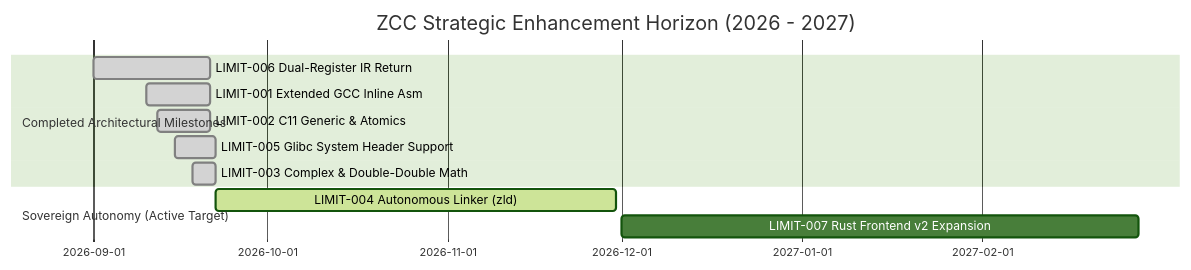
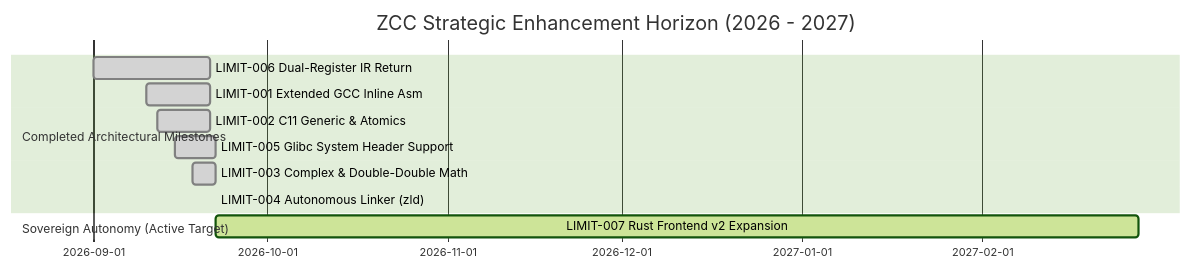
The diagram in docs/ZCC_LIMITATIONS_AND_GOALS.md (invariantzkaedi/zcc-bootstrap-compiler), drawn with Mermaid (forest theme) before and after one commit. The commit also changed other lines of this file and 11 other files, not shown here.

````diff
--- a/docs/ZCC_LIMITATIONS_AND_GOALS.md
+++ b/docs/ZCC_LIMITATIONS_AND_GOALS.md
@@ -189,14 +187,14 @@
 ```mermaid
 gantt
     title ZCC Strategic Enhancement Horizon (2026 - 2027)
     dateFormat  YYYY-MM-DD
     section Completed Architectural Milestones
     LIMIT-006 Dual-Register IR Return       :done, 2026-09-01, 2026-09-21
     LIMIT-001 Extended GCC Inline Asm       :done, 2026-09-10, 2026-09-21
     LIMIT-002 C11 Generic & Atomics         :done, 2026-09-12, 2026-09-21
     LIMIT-005 Glibc System Header Support   :done, 2026-09-15, 2026-09-22
     LIMIT-003 Complex & Double-Double Math  :done, 2026-09-18, 2026-09-22
+    LIMIT-004 Autonomous Linker (zld)       :done, 2026-09-22, 2026-09-22
     section Sovereign Autonomy (Active Target)
-    LIMIT-004 Autonomous Linker (zld)       :active, 2026-09-22, 2026-11-30
-    LIMIT-007 Rust Frontend v2 Expansion    :2026-12-01, 2027-02-28
+    LIMIT-007 Rust Frontend v2 Expansion    :active, 2026-09-22, 2027-02-28
 ```
````
